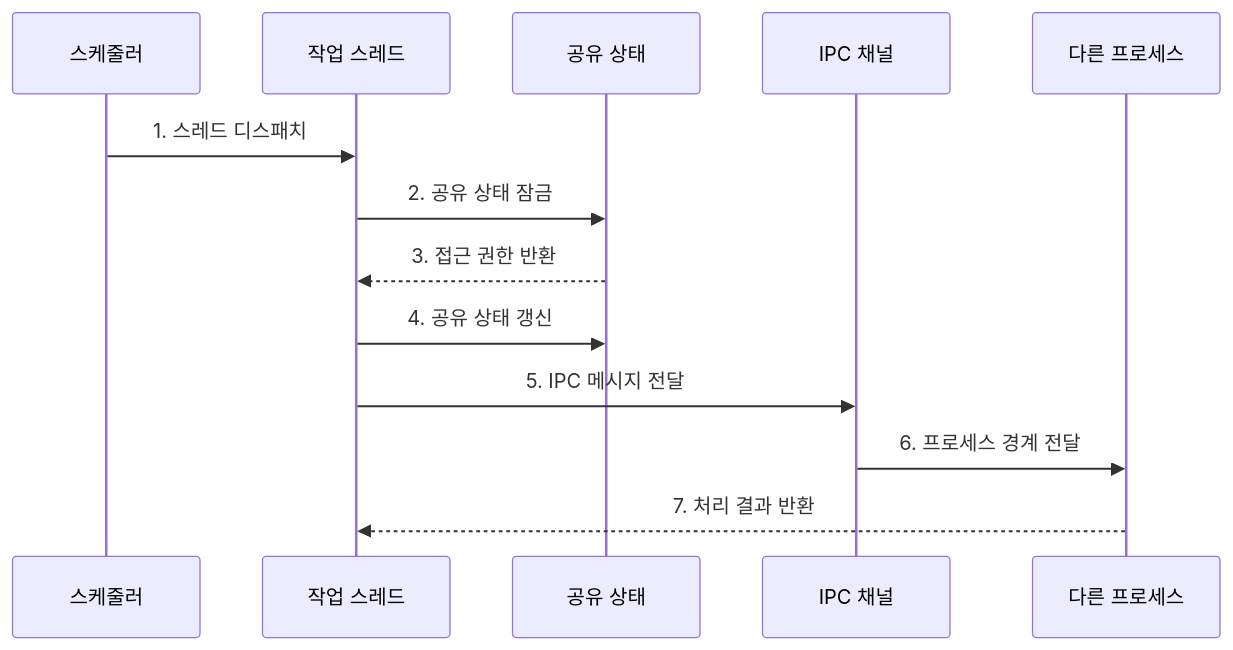
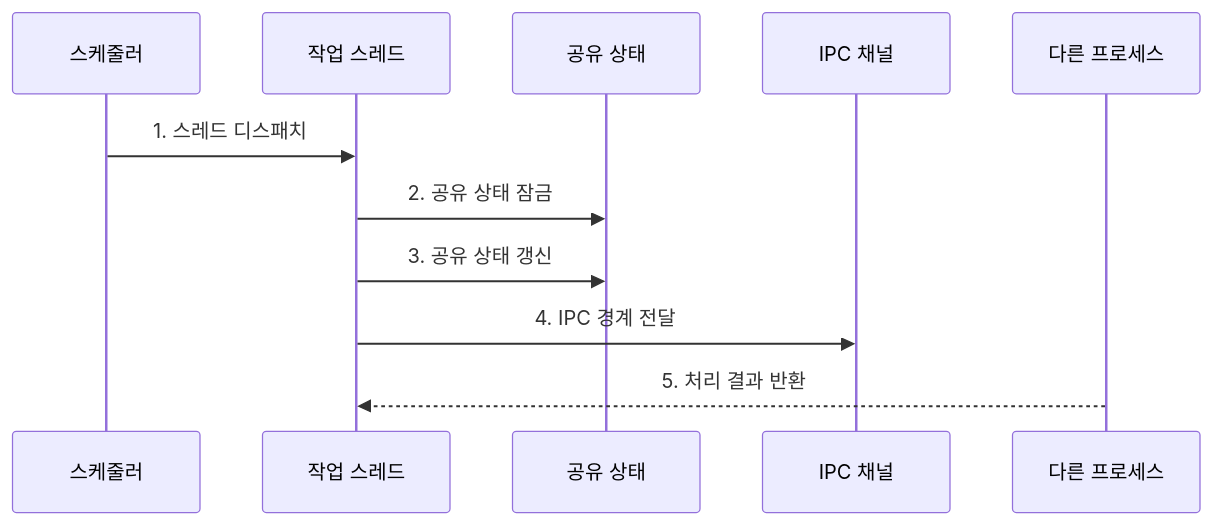
The second of 2 diagrams in src/content/docs/notes/03-software/001_process_vs_thread.md (agnusdei1207/knowledge-base), drawn with Mermaid before and after one commit. The commit also changed other lines of this file and 238 other files, not shown here.

````diff
--- a/src/content/docs/notes/03-software/001_process_vs_thread.md
+++ b/src/content/docs/notes/03-software/001_process_vs_thread.md
@@ -88,15 +88,13 @@
 ```mermaid
 sequenceDiagram
     participant S as 스케줄러
     participant T as 작업 스레드
     participant L as 공유 상태
     participant I as IPC 채널
     participant P as 다른 프로세스
     S->>T: 1. 스레드 디스패치
     T->>L: 2. 공유 상태 잠금
-    L-->>T: 3. 접근 권한 반환
-    T->>L: 4. 공유 상태 갱신
-    T->>I: 5. IPC 메시지 전달
-    I->>P: 6. 프로세스 경계 전달
-    P-->>T: 7. 처리 결과 반환
+    T->>L: 3. 공유 상태 갱신
+    T->>I: 4. IPC 경계 전달
+    P-->>T: 5. 처리 결과 반환
 ```
````
